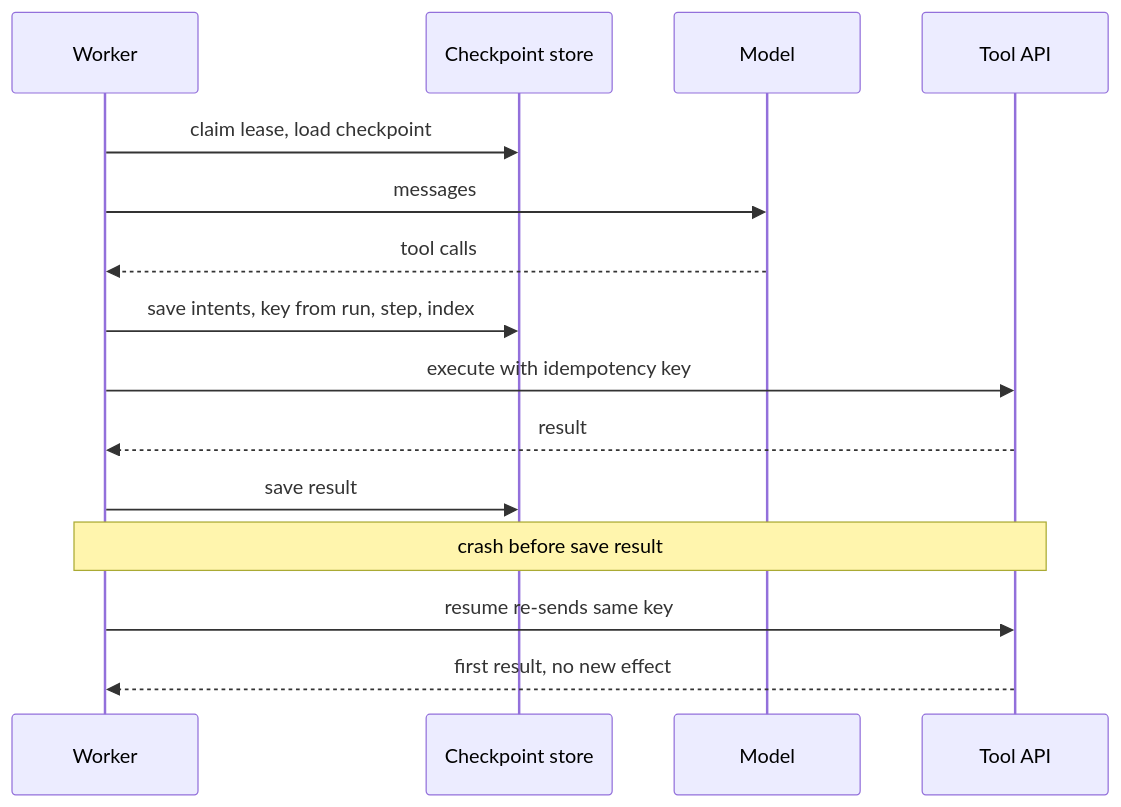
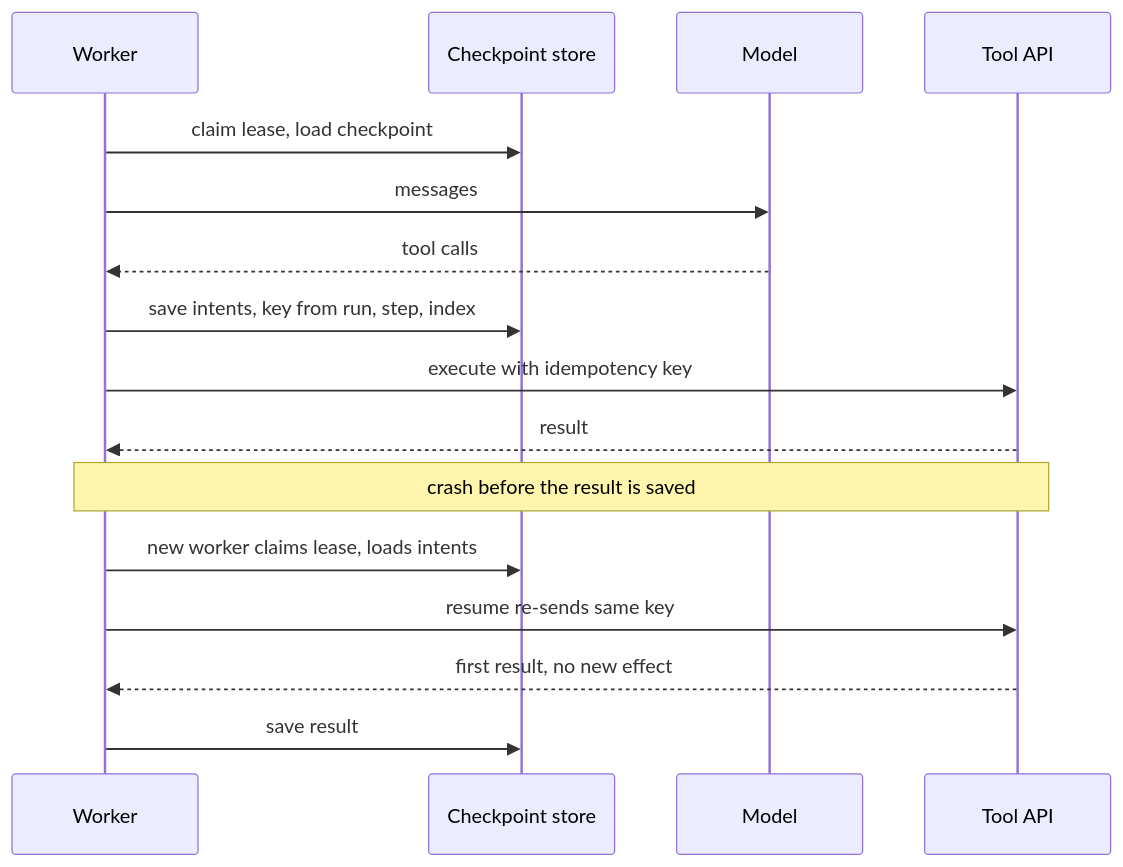
Before and after one commit to lovishmahajan97/agentic-learning: the diagram in content/agent-reliability/durable-execution-and-checkpointing.md, drawn with Mermaid. The commit also changed other lines of this file and 454 other files, not shown here.

````diff
--- a/content/agent-reliability/durable-execution-and-checkpointing.md
+++ b/content/agent-reliability/durable-execution-and-checkpointing.md
@@ -167,17 +167,18 @@
 ```mermaid
 sequenceDiagram
     participant W as Worker
     participant S as Checkpoint store
     participant M as Model
     participant T as Tool API
     W->>S: claim lease, load checkpoint
     W->>M: messages
     M-->>W: tool calls
     W->>S: save intents, key from run, step, index
     W->>T: execute with idempotency key
     T-->>W: result
-    W->>S: save result
-    Note over W,T: crash before save result
+    Note over W,T: crash before the result is saved
+    W->>S: new worker claims lease, loads intents
     W->>T: resume re-sends same key
     T-->>W: first result, no new effect
+    W->>S: save result
 ```
````
